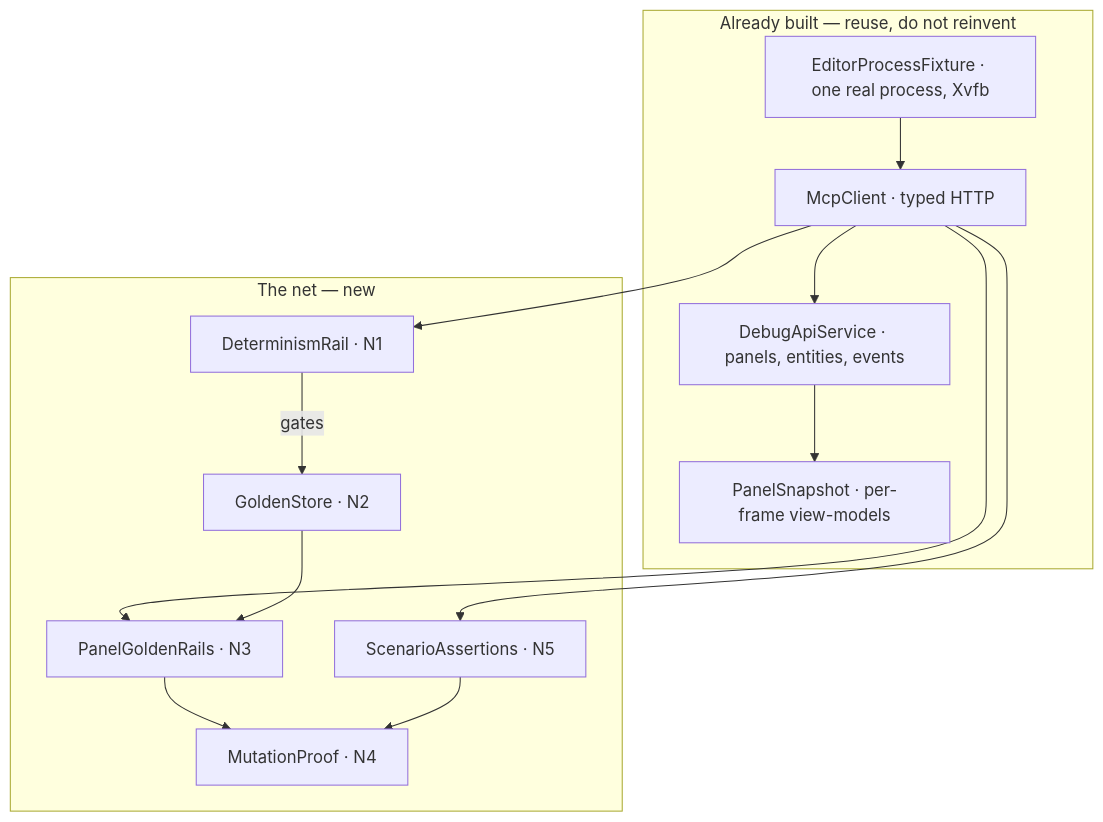
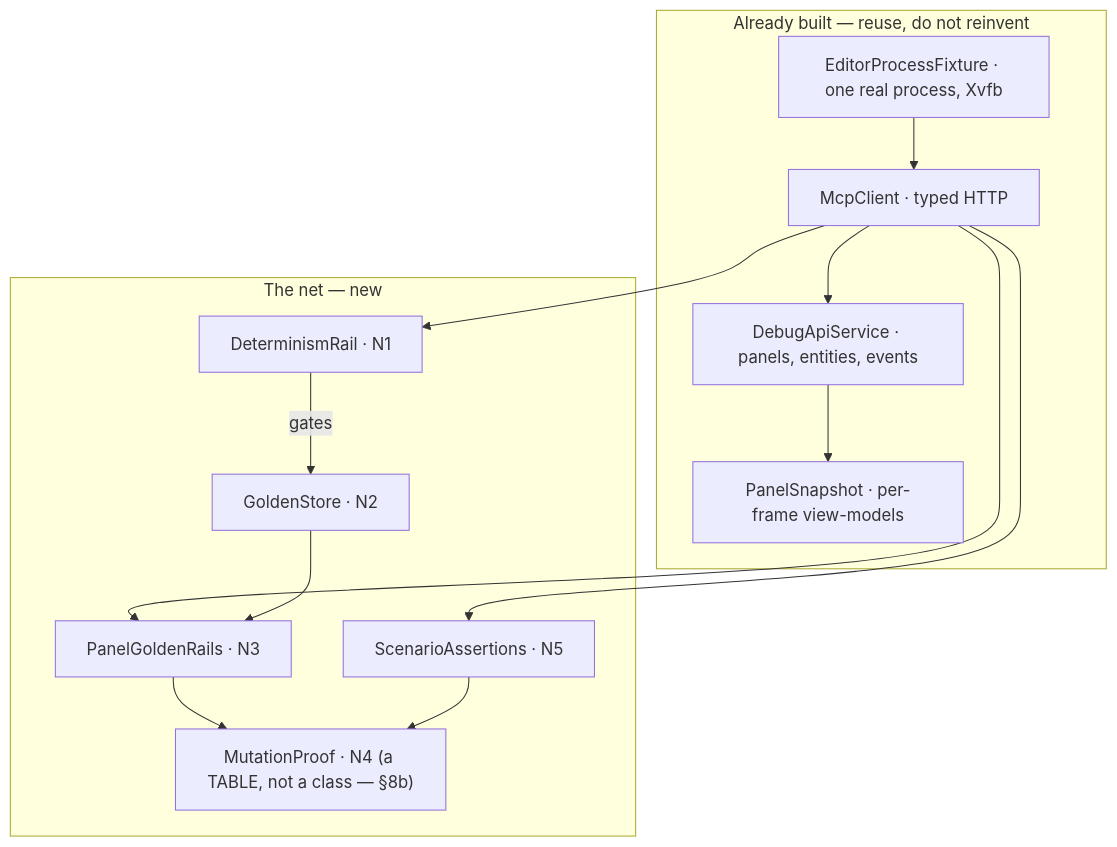
Before and after one commit to pjanec/HROT: the first of 3 diagrams in docs/DESIGN_Regression_Net.md, drawn with Mermaid. The commit also changed other lines of this file and 15 other files, not shown here.

````diff
--- a/docs/DESIGN_Regression_Net.md
+++ b/docs/DESIGN_Regression_Net.md
@@ -132,26 +134,26 @@
 ```mermaid
 graph TD
     subgraph reuse["Already built — reuse, do not reinvent"]
         FIX["EditorProcessFixture · one real process, Xvfb"]
         MCP["McpClient · typed HTTP"]
         SNAP["PanelSnapshot · per-frame view-models"]
         API["DebugApiService · panels, entities, events"]
     end
     subgraph net["The net — new"]
         DET["DeterminismRail · N1"]
         STORE["GoldenStore · N2"]
         GRAIL["PanelGoldenRails · N3"]
         ASSERT["ScenarioAssertions · N5"]
-        MUT["MutationProof · N4"]
+        MUT["MutationProof · N4 (a TABLE, not a class — §8b)"]
     end
     FIX --> MCP
     MCP --> API
     API --> SNAP
     MCP --> DET
     MCP --> GRAIL
     MCP --> ASSERT
     STORE --> GRAIL
     GRAIL --> MUT
     ASSERT --> MUT
     DET -->|"gates"| STORE
 ```
````
